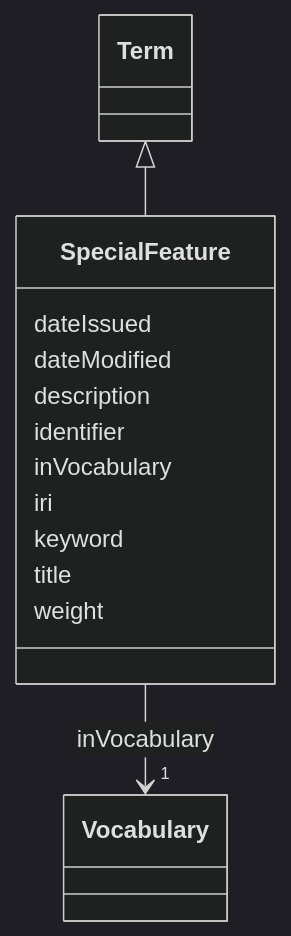
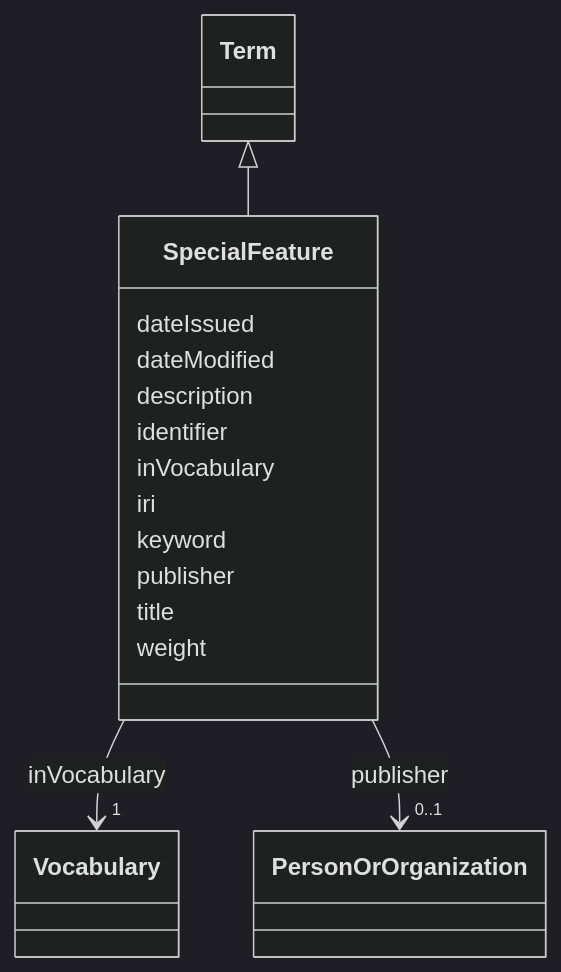
Before and after one commit to EVORA-project/evora-ontology: the diagram in models/docs/SpecialFeature.md, drawn with Mermaid (dark theme). The commit also changed other lines of this file and 468 other files, not shown here.

````diff
--- a/models/docs/SpecialFeature.md
+++ b/models/docs/SpecialFeature.md
@@ -19,34 +19,43 @@
 ```mermaid
  classDiagram
     class SpecialFeature
     click SpecialFeature href "../SpecialFeature"
       Term <|-- SpecialFeature
         click Term href "../Term"
       
       SpecialFeature : dateIssued
         
       SpecialFeature : dateModified
         
       SpecialFeature : description
         
       SpecialFeature : identifier
         
       SpecialFeature : inVocabulary
         
           
     
     
     SpecialFeature --> "1" Vocabulary : inVocabulary
     click Vocabulary href "../Vocabulary"
 
         
       SpecialFeature : iri
         
       SpecialFeature : keyword
         
+      SpecialFeature : publisher
+        
+          
+    
+    
+    SpecialFeature --> "0..1" PersonOrOrganization : publisher
+    click PersonOrOrganization href "../PersonOrOrganization"
+
+        
       SpecialFeature : title
         
       SpecialFeature : weight
         
       
 ```
````
